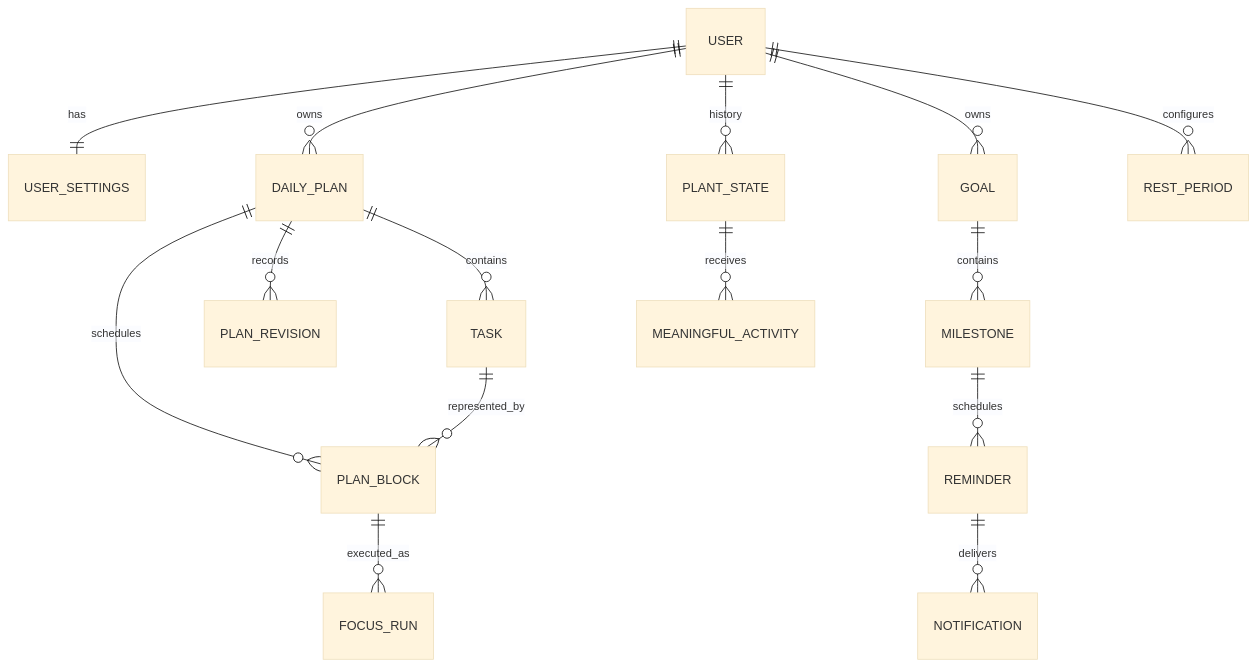
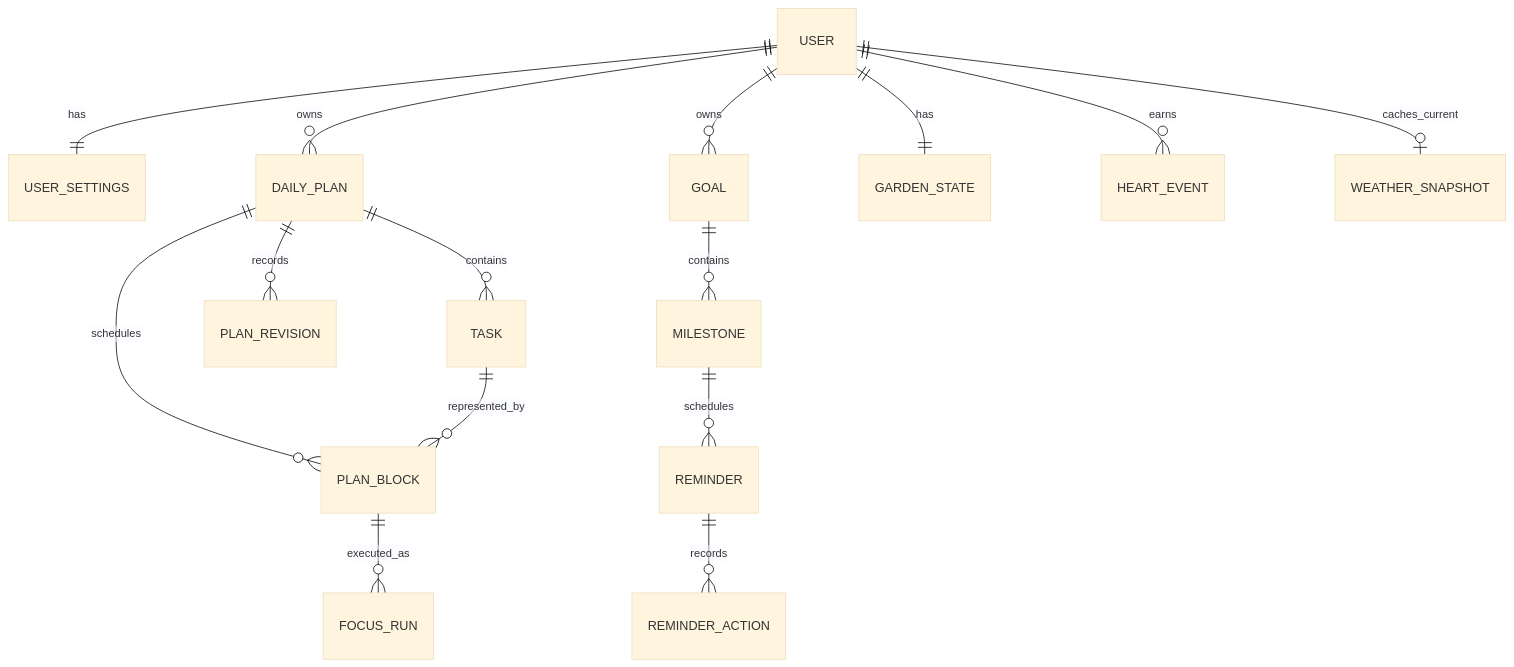
One commit to Plaminh/Blooming changed the diagram in docs/06-architecture/data-api-design.md. Above: the diagram before and after it, drawn with Mermaid (base theme). The commit also changed other lines of this file and 30 other files, not shown here.

````diff
--- a/docs/06-architecture/data-api-design.md
+++ b/docs/06-architecture/data-api-design.md
@@ -12,17 +16,17 @@
 ```mermaid
 erDiagram
     USER ||--|| USER_SETTINGS : has
     USER ||--o{ DAILY_PLAN : owns
     DAILY_PLAN ||--o{ TASK : contains
     DAILY_PLAN ||--o{ PLAN_BLOCK : schedules
     TASK ||--o{ PLAN_BLOCK : represented_by
     PLAN_BLOCK ||--o{ FOCUS_RUN : executed_as
     DAILY_PLAN ||--o{ PLAN_REVISION : records
     USER ||--o{ GOAL : owns
     GOAL ||--o{ MILESTONE : contains
     MILESTONE ||--o{ REMINDER : schedules
-    REMINDER ||--o{ NOTIFICATION : delivers
-    USER ||--o{ PLANT_STATE : history
-    PLANT_STATE ||--o{ MEANINGFUL_ACTIVITY : receives
-    USER ||--o{ REST_PERIOD : configures
+    REMINDER ||--o{ REMINDER_ACTION : records
+    USER ||--|| GARDEN_STATE : has
+    USER ||--o{ HEART_EVENT : earns
+    USER ||--o| WEATHER_SNAPSHOT : caches_current
 ```
````
